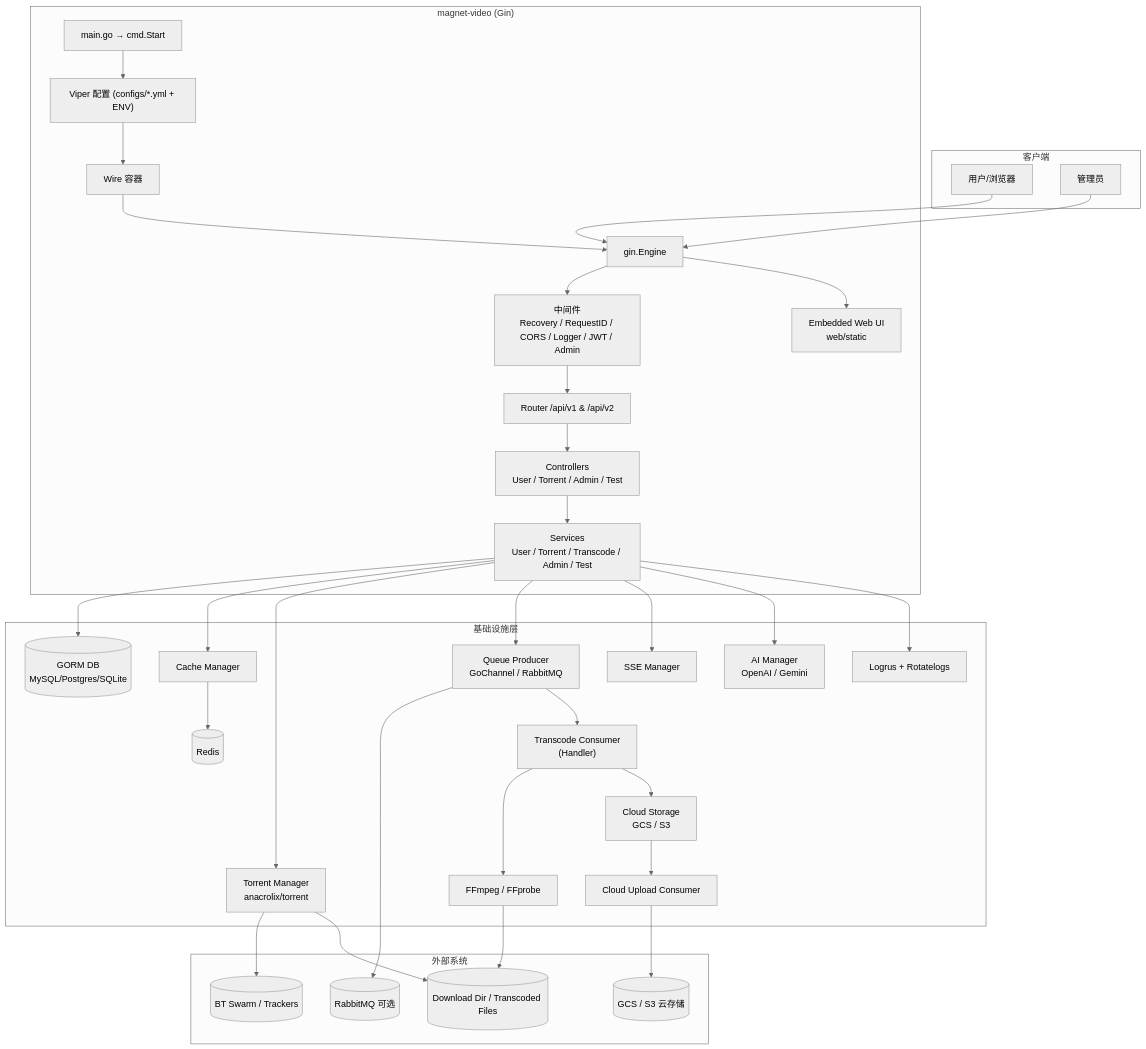
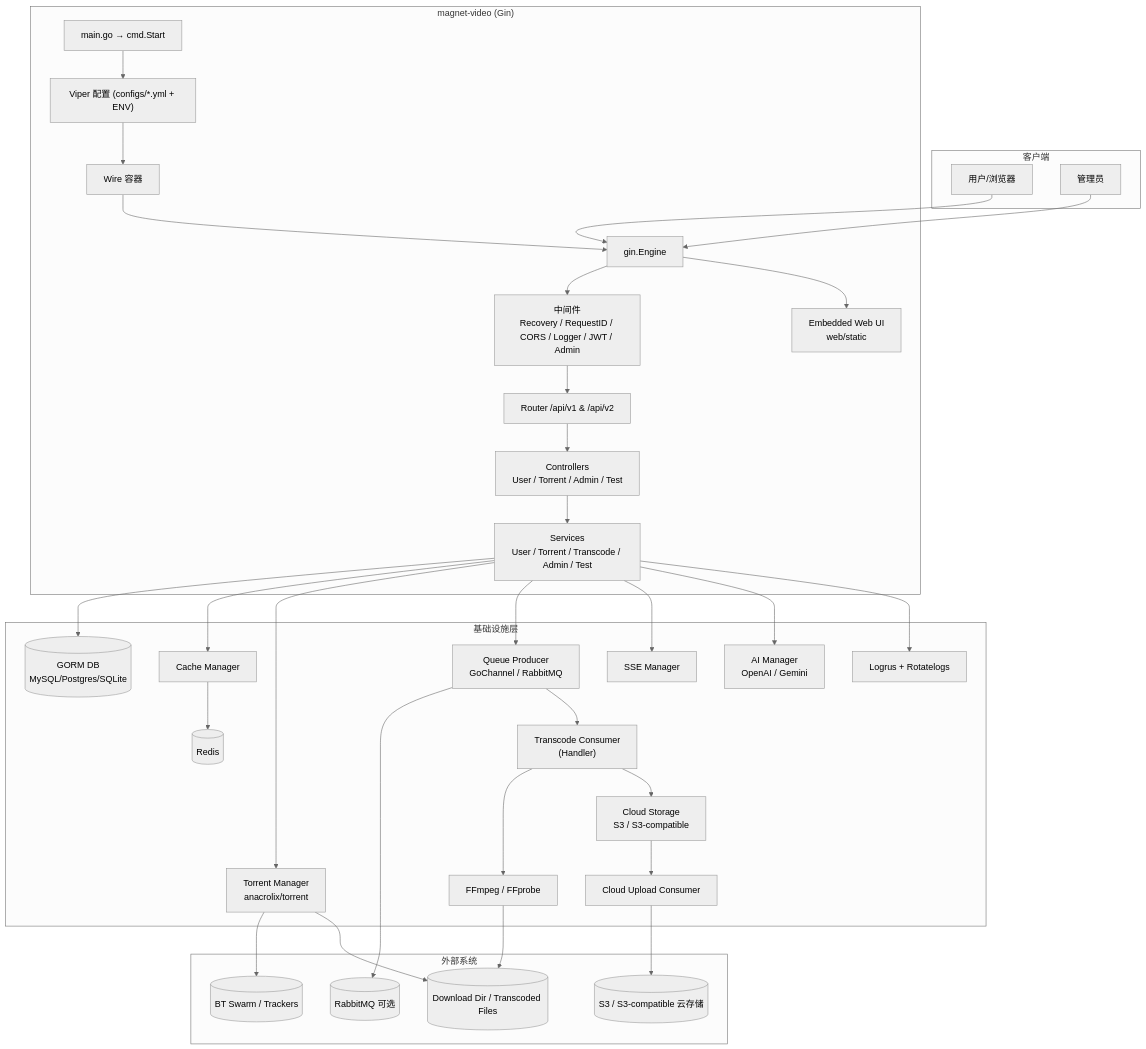
Before and after one commit to JackYinpei/magnet2video: the first of 3 diagrams in CLAUDE.md, drawn with Mermaid (neutral theme). The commit also changed other lines of this file and 17 other files, not shown here.

````diff
--- a/CLAUDE.md
+++ b/CLAUDE.md
@@ -177,59 +177,59 @@
 ```mermaid
 flowchart TB
   subgraph Clients["客户端"]
     U["用户/浏览器"]
     A["管理员"]
   end
 
   subgraph App["magnet-video (Gin)"]
     Entry["main.go → cmd.Start"]
     Config["Viper 配置 (configs/*.yml + ENV)"]
     Wire["Wire 容器"]
     Gin["gin.Engine"]
     MW["中间件\nRecovery / RequestID / CORS / Logger / JWT / Admin"]
     Router["Router /api/v1 & /api/v2"]
     Controllers["Controllers\nUser / Torrent / Admin / Test"]
     Services["Services\nUser / Torrent / Transcode / Admin / Test"]
     Web["Embedded Web UI\nweb/static"]
   end
 
   subgraph Infra["基础设施层"]
     DB[(GORM DB\nMySQL/Postgres/SQLite)]
     Redis[(Redis)]
     Cache["Cache Manager"]
-    Cloud["Cloud Storage\nGCS / S3"]
+    Cloud["Cloud Storage\nS3 / S3-compatible"]
     CloudConsumer["Cloud Upload Consumer"]
     TorrentMgr["Torrent Manager\nanacrolix/torrent"]
     Queue["Queue Producer\nGoChannel / RabbitMQ"]
     Consumer["Transcode Consumer\n(Handler)"]
     FFmpeg["FFmpeg / FFprobe"]
     SSE["SSE Manager"]
     AI["AI Manager\nOpenAI / Gemini"]
     Logger["Logrus + Rotatelogs"]
   end
 
   subgraph External["外部系统"]
     P2P[(BT Swarm / Trackers)]
     MQ[(RabbitMQ 可选)]
     Disk[(Download Dir / Transcoded Files)]
-    CloudStorage[(GCS / S3 云存储)]
+    CloudStorage[(S3 / S3-compatible 云存储)]
   end
 
   U --> Gin
   A --> Gin
 
   Entry --> Config --> Wire --> Gin
   Gin --> MW --> Router --> Controllers --> Services
   Gin --> Web
 
   Services --> DB
   Services --> Cache --> Redis
   Services --> TorrentMgr --> P2P
   Services --> Queue --> MQ
   Queue --> Consumer --> FFmpeg --> Disk
   Consumer --> Cloud --> CloudConsumer --> CloudStorage
   TorrentMgr --> Disk
   Services --> SSE
   Services --> AI
   Services --> Logger
 ```
````
